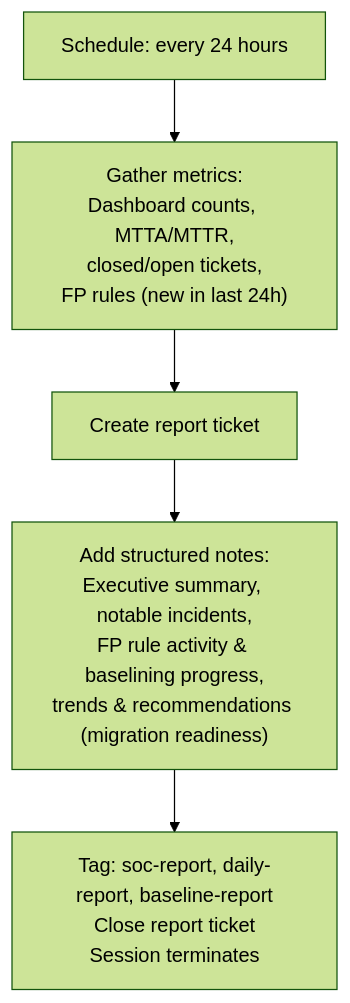
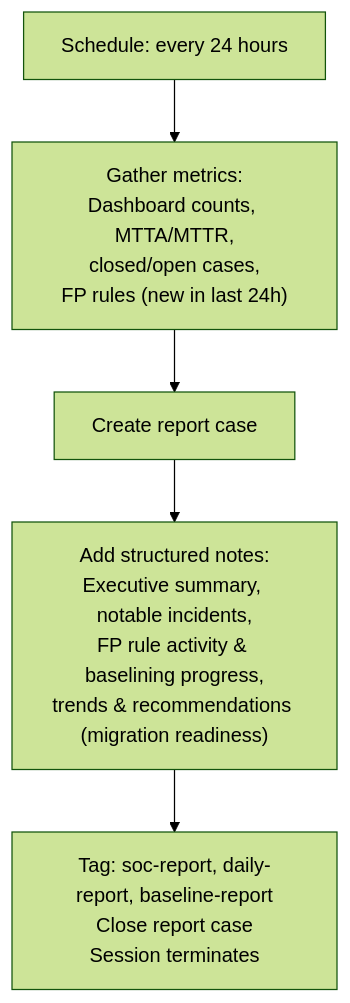
Before and after one commit to refractionPOINT/lc-ai: the diagram in lc-soc/baselining-soc/shift-reporter/README.md, drawn with Mermaid (forest theme). The commit also changed other lines of this file and 74 other files, not shown here.

First line of the commit message:
Rename ticket→case in AI agent configs

````diff
--- a/lc-soc/baselining-soc/shift-reporter/README.md
+++ b/lc-soc/baselining-soc/shift-reporter/README.md
@@ -7,7 +7,7 @@
 ```mermaid
 flowchart TD
-    trigger["Schedule: every 24 hours"] --> gather["Gather metrics:<br/>Dashboard counts, MTTA/MTTR,<br/>closed/open tickets,<br/>FP rules (new in last 24h)"]
-    gather --> create[Create report ticket]
+    trigger["Schedule: every 24 hours"] --> gather["Gather metrics:<br/>Dashboard counts, MTTA/MTTR,<br/>closed/open cases,<br/>FP rules (new in last 24h)"]
+    gather --> create[Create report case]
     create --> notes["Add structured notes:<br/>Executive summary, notable incidents,<br/>FP rule activity & baselining progress,<br/>trends & recommendations (migration readiness)"]
-    notes --> done["Tag: soc-report, daily-report, baseline-report<br/>Close report ticket<br/>Session terminates"]
+    notes --> done["Tag: soc-report, daily-report, baseline-report<br/>Close report case<br/>Session terminates"]
 ```
````
